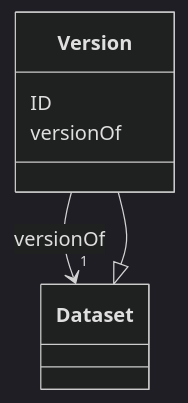
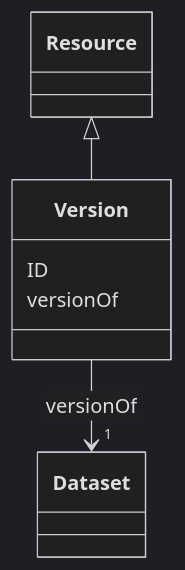
The diagram in models/docs/Version.md (EVORA-project/evora-ontology), drawn with Mermaid (dark theme) before and after one commit. The commit also changed other lines of this file and 208 other files, not shown here.

````diff
--- a/models/docs/Version.md
+++ b/models/docs/Version.md
@@ -19,20 +19,20 @@
 ```mermaid
  classDiagram
     class Version
     click Version href "../Version"
-      Dataset <|-- Version
-        click Dataset href "../Dataset"
+      Resource <|-- Version
+        click Resource href "../Resource"
       
       Version : ID
         
       Version : versionOf
         
           
     
     
     Version --> "1" Dataset : versionOf
     click Dataset href "../Dataset"
 
         
       
 ```
````
